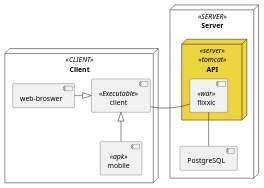
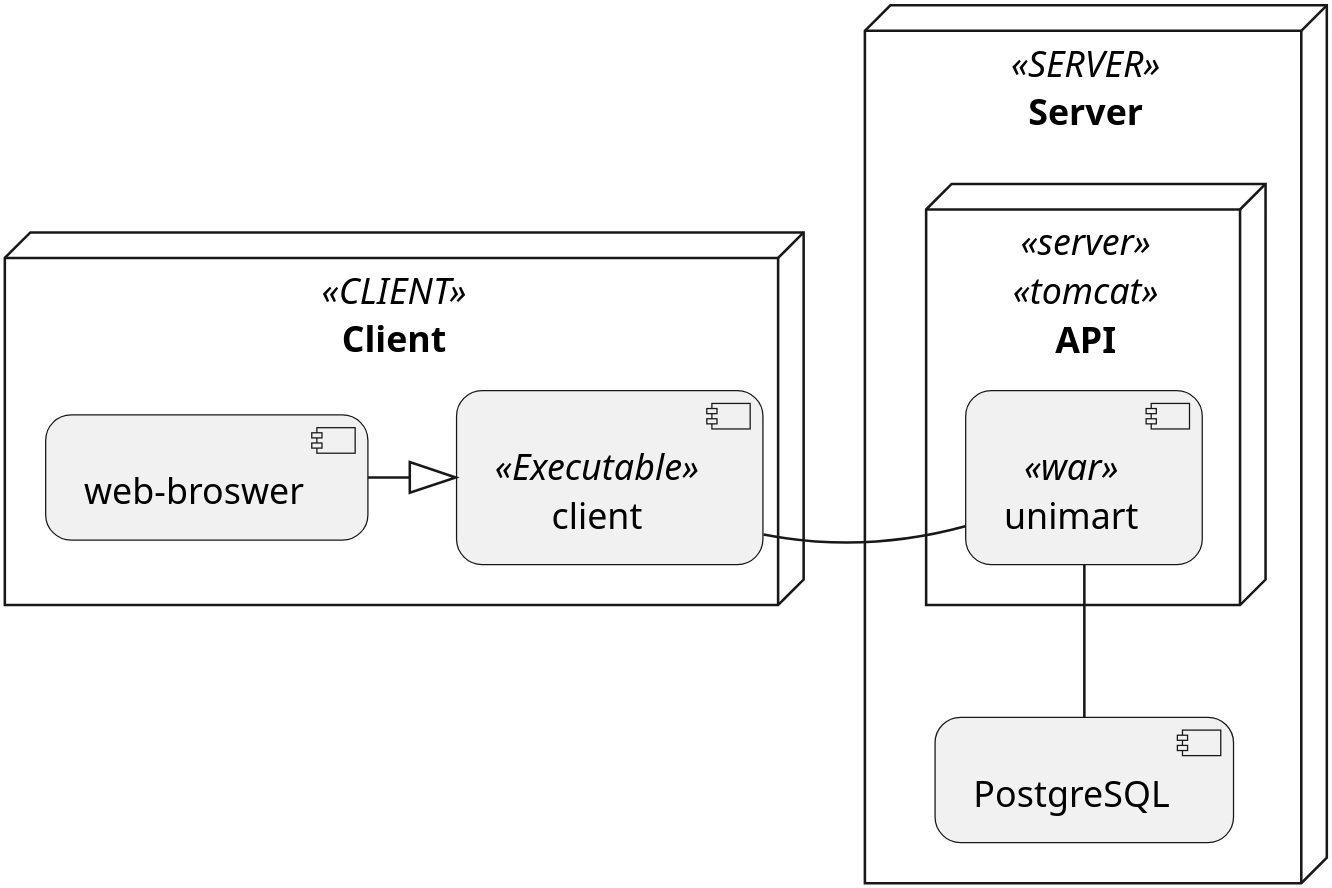
Before and after one commit to vfred0/unimart-requirements: the diagram in docs/es/3-design/1-architecture.puml, drawn with PlantUML. The commit also changed 29 other files, not shown here.

Commit message:
Added diagrams

```diff
--- a/docs/es/3-design/1-architecture.puml
+++ b/docs/es/3-design/1-architecture.puml
@@ -1,23 +1,22 @@
 @startuml architecture
-
+skinparam Dpi 500
+skinparam roundcorner 20
 node Client <<CLIENT>> {
     component client as "client" <<Executable>>    
-    component browser as "web-broswer"    
-    component mobile as "mobile" <<apk>>    
+    component browser as "web-broswer"        
 
-    client <|-left- browser
-    client <|-- mobile
+    client <|-left- browser    
 }
 
 node Server <<SERVER>> {
     component PostgreSQL 
 
-    node API <<server>> <<tomcat>> #edd33e {
-        component webApp as "flixxic" <<war>>
+    node API <<server>> <<tomcat>> {
+        component webApp as "unimart" <<war>>
     }
 
     client -right-  webApp
     webApp -- PostgreSQL
 }
 
 @enduml
```
